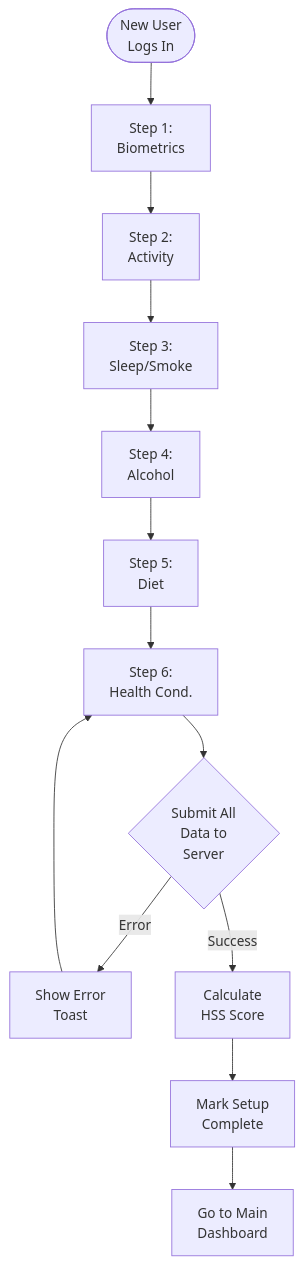
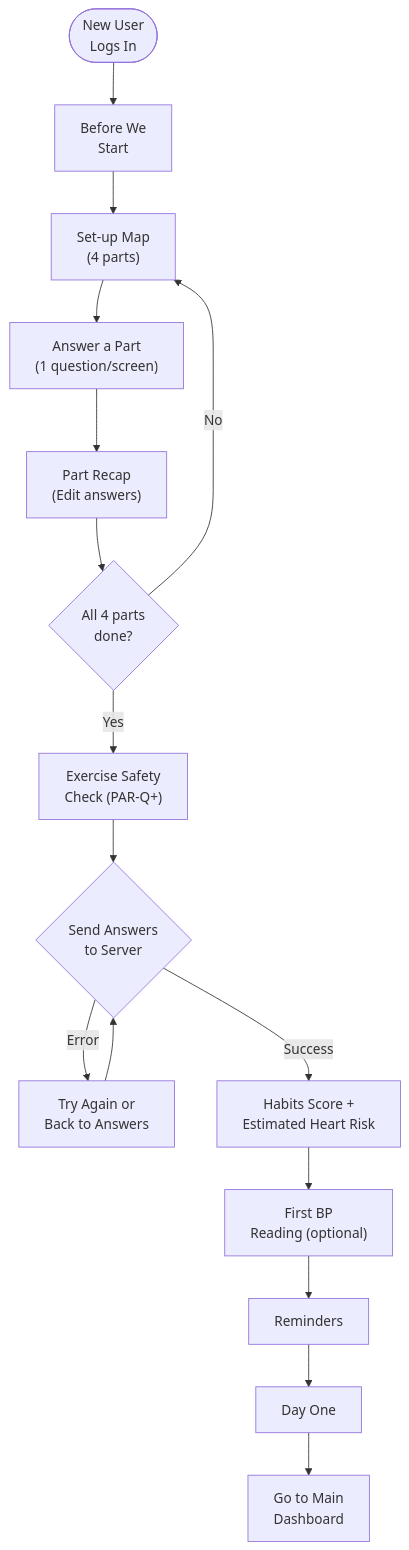
The fifth of 18 diagrams in documentation/USER_FLOWS.md (Quixotic-MJ/HEARTLINK_APP), drawn with Mermaid before and after one commit. The commit also changed other lines of this file and 31 other files, not shown here.

````diff
--- a/documentation/USER_FLOWS.md
+++ b/documentation/USER_FLOWS.md
@@ -136,18 +145,20 @@
 ```mermaid
 flowchart TD
-    A(["New User<br/>Logs In"]) --> B["Step 1:<br/>Biometrics"]
-    B --> C["Step 2:<br/>Activity"]
-    C --> D["Step 3:<br/>Sleep/Smoke"]
-    D --> E["Step 4:<br/>Alcohol"]
-    E --> F["Step 5:<br/>Diet"]
-    F --> G["Step 6:<br/>Health Cond."]
-    
-    G --> H{"Submit All<br/>Data to<br/>Server"}
-    
-    H -- Error --> I["Show Error<br/>Toast"]
-    I --> G
-    
-    H -- Success --> J["Calculate<br/>HSS Score"]
-    J --> K["Mark Setup<br/>Complete"]
-    K --> L["Go to Main<br/>Dashboard"]
+    A(["New User<br/>Logs In"]) --> B["Before We<br/>Start"]
+    B --> C["Set-up Map<br/>(4 parts)"]
+    C --> D["Answer a Part<br/>(1 question/screen)"]
+    D --> E["Part Recap<br/>(Edit answers)"]
+    E --> F{"All 4 parts<br/>done?"}
+    F -- No --> C
+    F -- Yes --> G["Exercise Safety<br/>Check (PAR-Q+)"]
+
+    G --> H{"Send Answers<br/>to Server"}
+    H -- Error --> I["Try Again or<br/>Back to Answers"]
+    I --> H
+
+    H -- Success --> J["Habits Score +<br/>Estimated Heart Risk"]
+    J --> K["First BP<br/>Reading (optional)"]
+    K --> L["Reminders"]
+    L --> M["Day One"]
+    M --> N["Go to Main<br/>Dashboard"]
 ```
````
